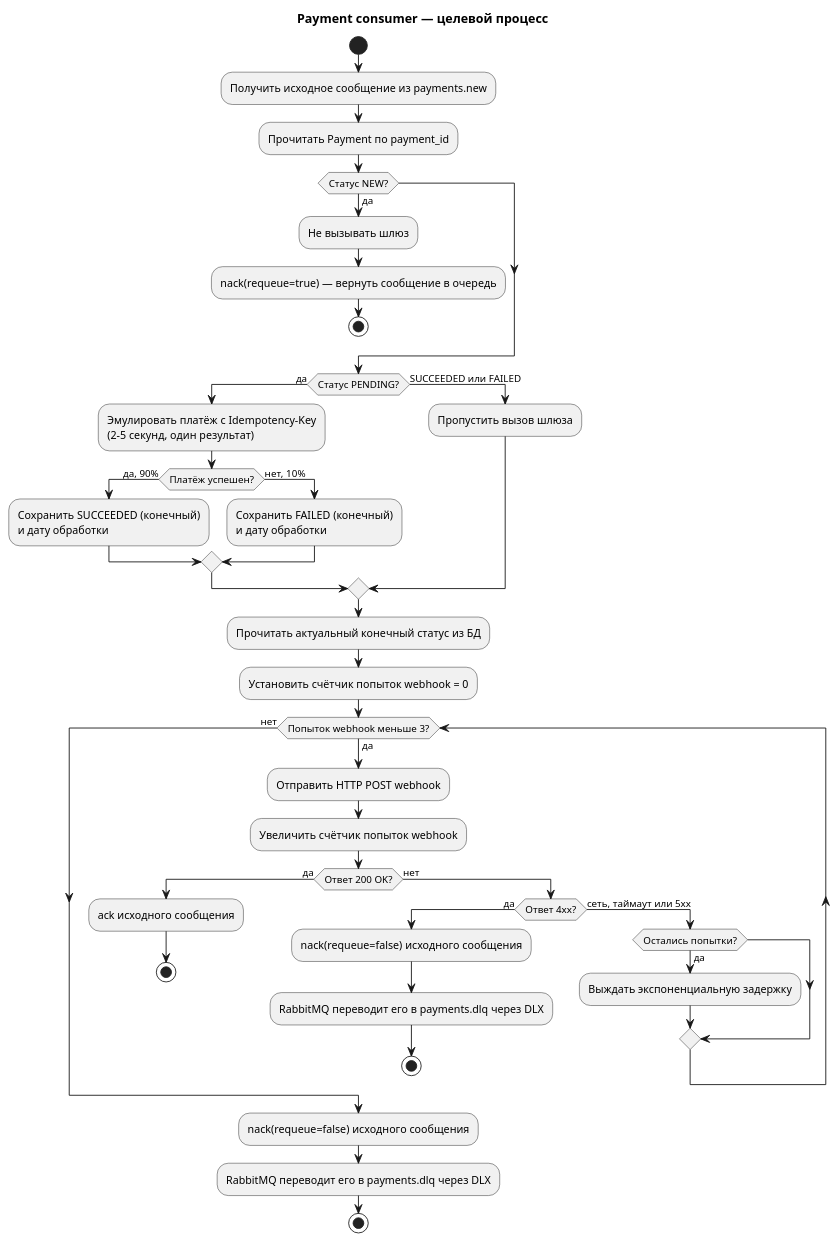
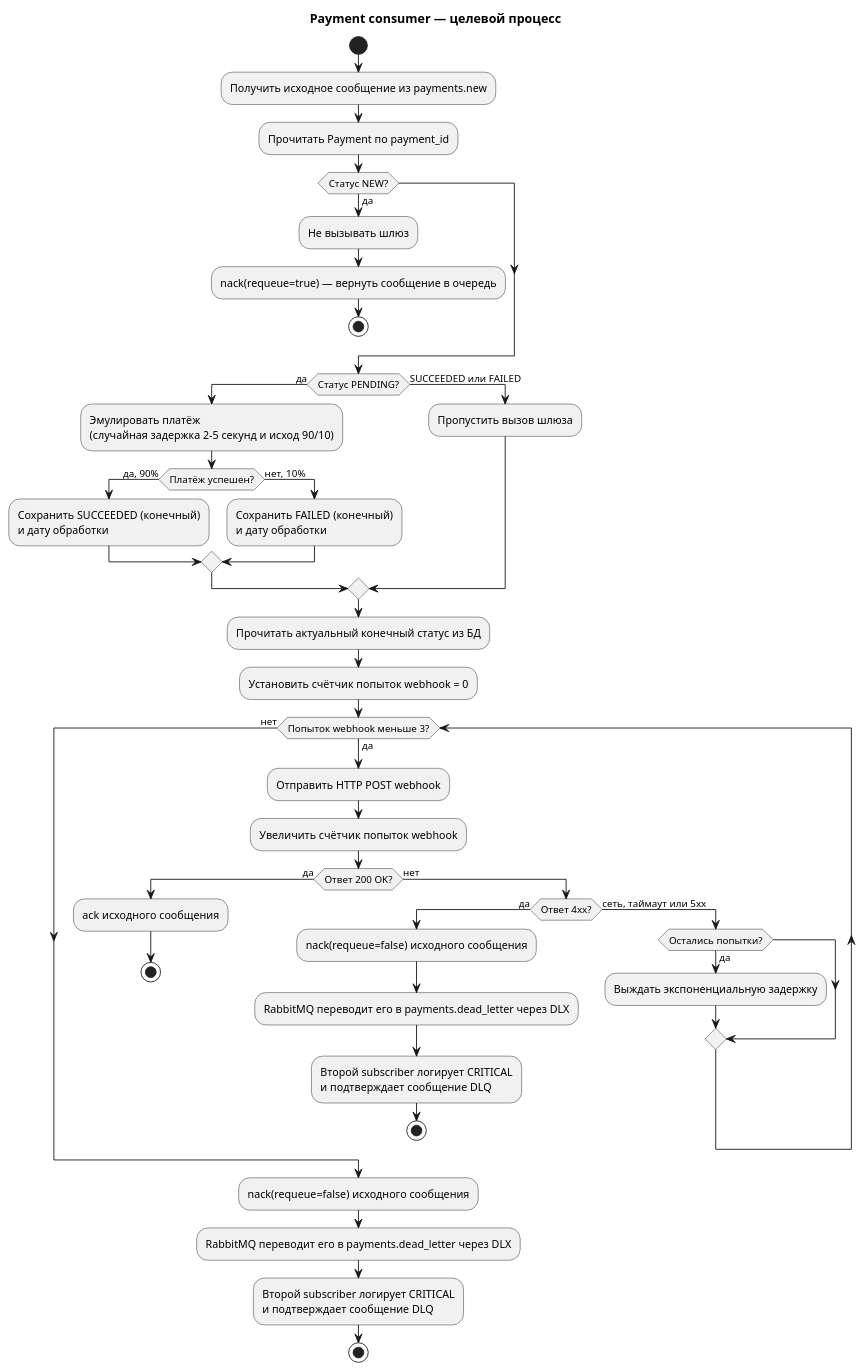
Before and after one commit to devartpy/payment-service: the diagram in docs/architecture/diagrams/payment-consumer-activity.puml, drawn with PlantUML. The commit also changed 26 other files, not shown here.

First line of the commit message:
feat(payments): add RabbitMQ consumer and webhook delivery

```diff
--- a/docs/architecture/diagrams/payment-consumer-activity.puml
+++ b/docs/architecture/diagrams/payment-consumer-activity.puml
@@ -1,48 +1,50 @@
 @startuml
 title Payment consumer — целевой процесс
 
 start
 :Получить исходное сообщение из payments.new;
 :Прочитать Payment по payment_id;
 
 if (Статус NEW?) then (да)
   :Не вызывать шлюз;
   :nack(requeue=true) — вернуть сообщение в очередь;
   stop
 endif
 
 if (Статус PENDING?) then (да)
-  :Эмулировать платёж с Idempotency-Key\n(2–5 секунд, один результат);
+  :Эмулировать платёж\n(случайная задержка 2–5 секунд и исход 90/10);
   if (Платёж успешен?) then (да, 90%)
     :Сохранить SUCCEEDED (конечный)\nи дату обработки;
   else (нет, 10%)
     :Сохранить FAILED (конечный)\nи дату обработки;
   endif
 else (SUCCEEDED или FAILED)
   :Пропустить вызов шлюза;
 endif
 
 :Прочитать актуальный конечный статус из БД;
 :Установить счётчик попыток webhook = 0;
 while (Попыток webhook меньше 3?) is (да)
   :Отправить HTTP POST webhook;
   :Увеличить счётчик попыток webhook;
   if (Ответ 200 OK?) then (да)
     :ack исходного сообщения;
     stop
   else (нет)
     if (Ответ 4xx?) then (да)
       :nack(requeue=false) исходного сообщения;
-      :RabbitMQ переводит его в payments.dlq через DLX;
+      :RabbitMQ переводит его в payments.dead_letter через DLX;
+      :Второй subscriber логирует CRITICAL\nи подтверждает сообщение DLQ;
       stop
     else (сеть, таймаут или 5xx)
       if (Остались попытки?) then (да)
         :Выждать экспоненциальную задержку;
       endif
     endif
   endif
 endwhile (нет)
 :nack(requeue=false) исходного сообщения;
-:RabbitMQ переводит его в payments.dlq через DLX;
+:RabbitMQ переводит его в payments.dead_letter через DLX;
+:Второй subscriber логирует CRITICAL\nи подтверждает сообщение DLQ;
 stop
 @enduml
```
